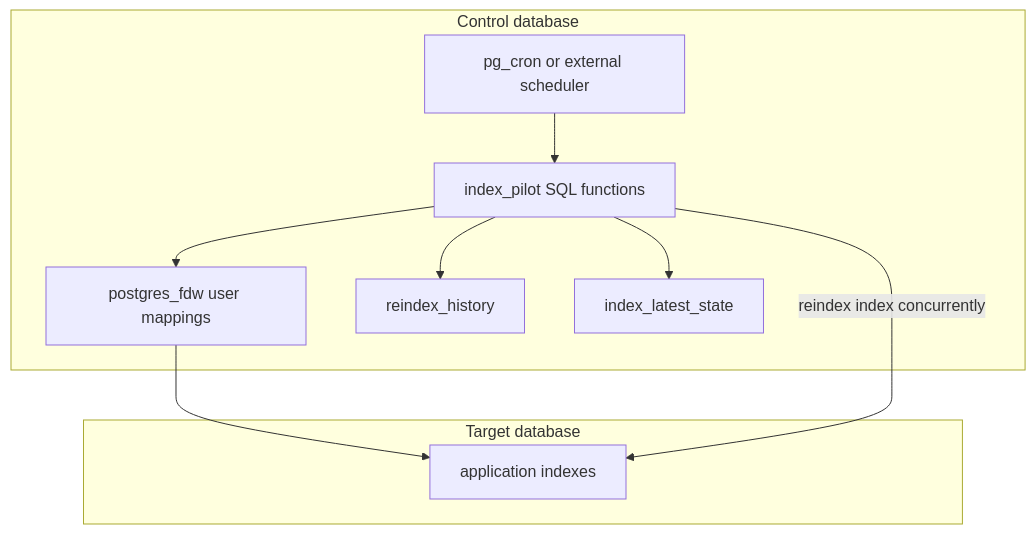
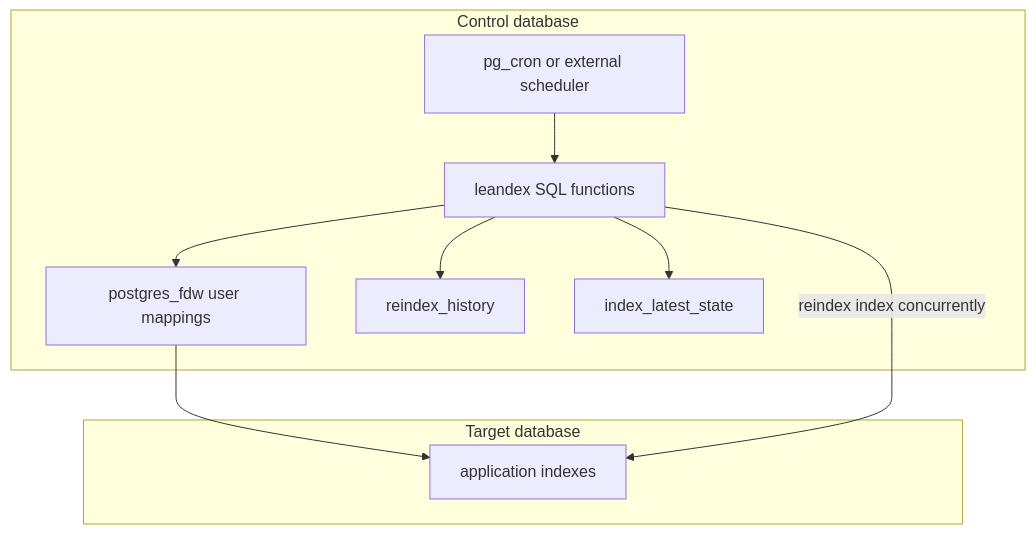
One commit to NikolayS/leandex changed the diagram in README.md. Above: the diagram before and after it, drawn with Mermaid. The commit also changed other lines of this file and 24 other files, not shown here.

Commit message:
refactor: rename schema to leandex

````diff
--- a/README.md
+++ b/README.md
@@ -134,21 +134,21 @@
 ```mermaid
 graph TB
     subgraph "Control database"
         cron[pg_cron or external scheduler]
-        funcs[index_pilot SQL functions]
+        funcs[leandex SQL functions]
         fdw[postgres_fdw user mappings]
         hist[reindex_history]
         state[index_latest_state]
     end
 
     subgraph "Target database"
         idx[application indexes]
     end
 
     cron --> funcs
     funcs --> fdw
     fdw --> idx
     funcs -->|reindex index concurrently| idx
     funcs --> hist
     funcs --> state
 ```
````
